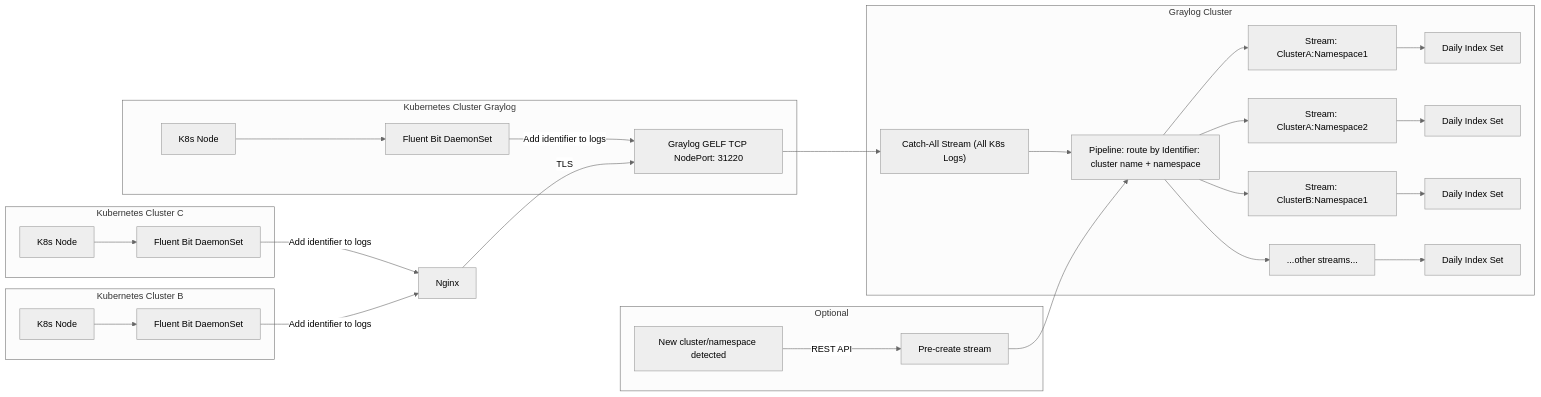
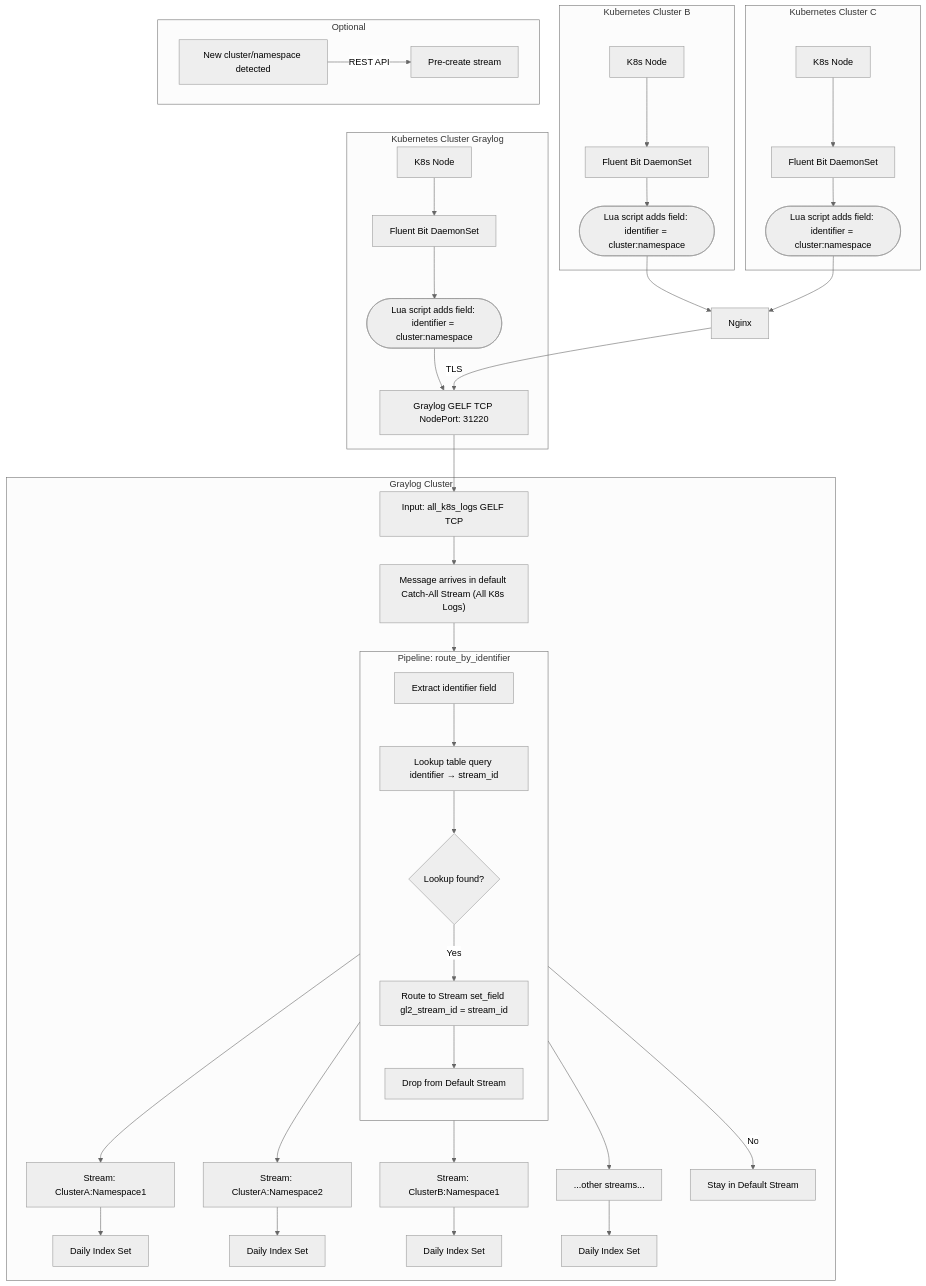
Before and after one commit to apakhbari/CheatSheets: the diagram in Orchestration/Kubernetes/logging-plan/README.md, drawn with Mermaid (neutral theme). The commit also changed other lines of this file, not shown here.

Commit message:
Edit Flowcahrt of fluentbit

````diff
--- a/Orchestration/Kubernetes/logging-plan/README.md
+++ b/Orchestration/Kubernetes/logging-plan/README.md
@@ -43,56 +43,68 @@
 ```mermaid
-flowchart LR
-
- %% External Kubernetes clusters
+flowchart TB
  subgraph ClusterA["Kubernetes Cluster Graylog"]
         FB_A["Fluent Bit DaemonSet"]
         NodeA["K8s Node"]
+        AA(["Lua script adds field: identifier = cluster:namespace"])
         GELF_NodePort["Graylog GELF TCP NodePort: 31220"]
   end
  subgraph ClusterB["Kubernetes Cluster B"]
         FB_B["Fluent Bit DaemonSet"]
+        AB(["Lua script adds field: identifier = cluster:namespace"])
         NodeB["K8s Node"]
   end
  subgraph ClusterC["Kubernetes Cluster C"]
         FB_C["Fluent Bit DaemonSet"]
+        AC(["Lua script adds field: identifier = cluster:namespace"])
         NodeC["K8s Node"]
   end
-
-  %% Graylog NodePort Input
+ subgraph C["Pipeline: route_by_identifier"]
+    direction TB
+        C1["Extract identifier field"]
+        C2["Lookup table query identifier → stream_id"]
+        C3{"Lookup found?"}
+        C4["Route to Stream set_field gl2_stream_id = stream_id"]
+        C5["Drop from Default Stream"]
+  end
  subgraph Graylog["Graylog Cluster"]
-        CatchAll["Catch-All Stream (All K8s Logs)"]
-
-        %% Streams per cluster+namespace
-        Pipeline["Pipeline: route by Identifier: cluster name + namespace"]
+        B1["Input: all_k8s_logs GELF TCP"]
+        CatchAll["Message arrives in default Catch-All Stream (All K8s Logs)"]
         StreamA1["Stream: ClusterA:Namespace1"]
         StreamA2["Stream: ClusterA:Namespace2"]
         StreamB1["Stream: ClusterB:Namespace1"]
         StreamBN["...other streams..."]
-        
-        %% Daily Index Sets
         DailyIndex1["Daily Index Set"]
         DailyIndex2["Daily Index Set"]
         DailyIndex3["Daily Index Set"]
         DailyIndex4["Daily Index Set"]
+        C6["Stay in Default Stream"]
+        C
   end
  subgraph Optional["Optional"]
         StreamCreation["Pre-create stream"]
         NewClusterNS["New cluster/namespace detected"]
   end
     NodeA --> FB_A
-    FB_A -- Add identifier to logs --> GELF_NodePort
+    FB_A --> AA
+    AA --> GELF_NodePort
+    FB_B --> AB
     NodeB --> FB_B
+    AB --> n1["Nginx"]
+    AC --> n1
     NodeC --> FB_C
-    GELF_NodePort --> CatchAll
-    CatchAll --> Pipeline
-    Pipeline --> StreamA1 & StreamA2 & StreamB1 & StreamBN
+    GELF_NodePort --> B1
+    B1 --> CatchAll
+    C4 --> C5 & StreamA1 & StreamA2 & StreamB1 & StreamBN
     StreamA1 --> DailyIndex1
     StreamA2 --> DailyIndex2
     StreamB1 --> DailyIndex3
     StreamBN --> DailyIndex4
     NewClusterNS -- REST API --> StreamCreation
-    StreamCreation --> Pipeline
-    FB_C -- Add identifier to logs --> n1["Nginx"]
+    FB_C --> AC
     n1 -- TLS --> GELF_NodePort
-    FB_B -- Add identifier to logs --> n1
+    CatchAll --> C1
+    C1 --> C2
+    C2 --> C3
+    C3 -- Yes --> C4
+    C3 -- No --> C6
 ```
````
